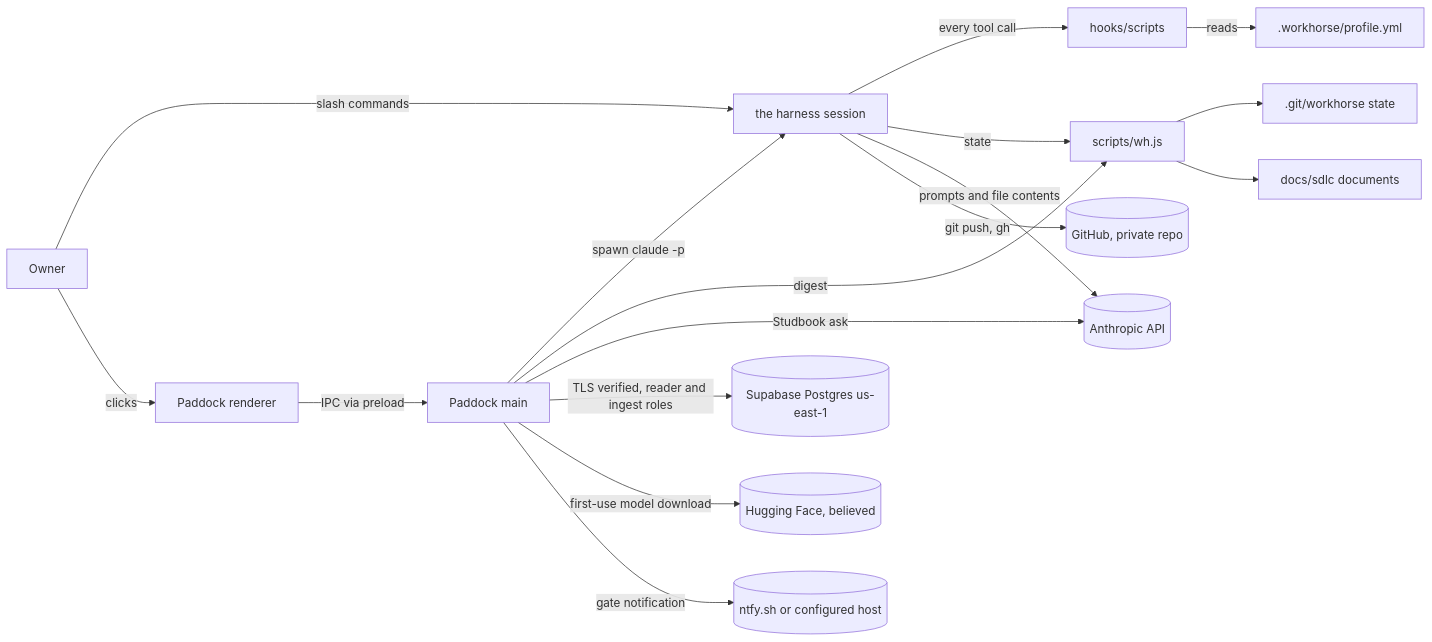
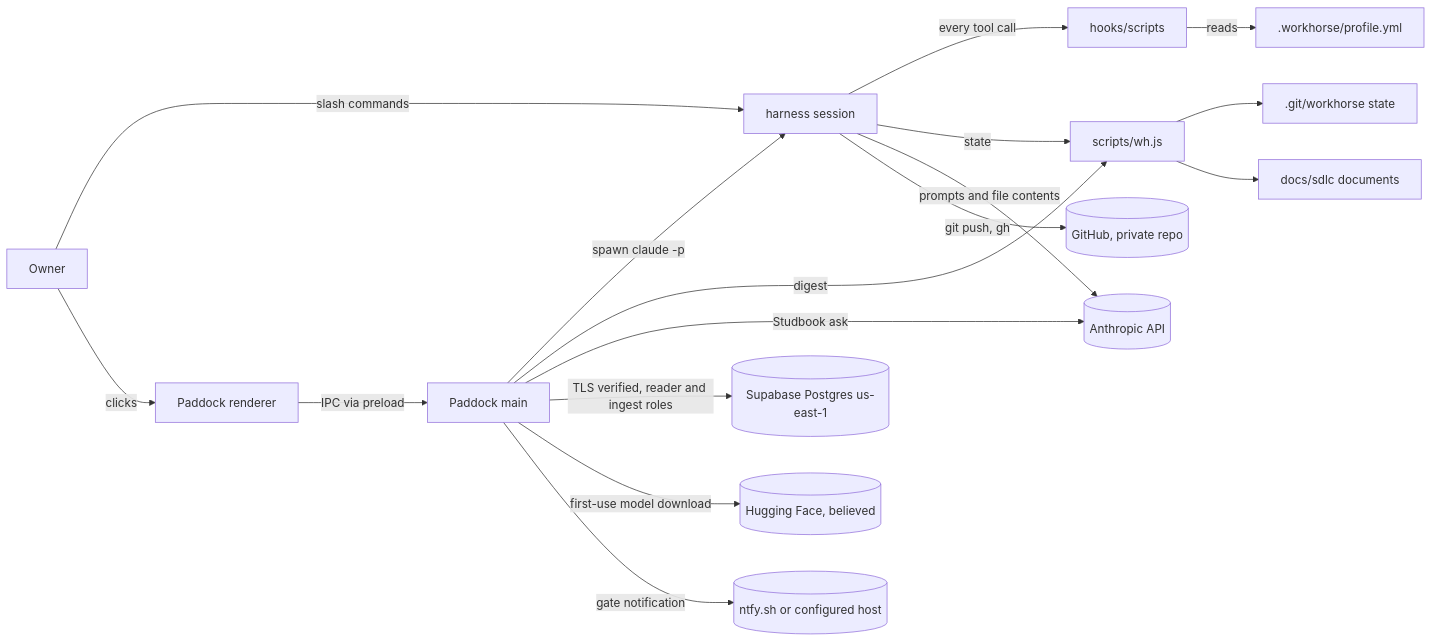
Before and after one commit to muhibm1/workhorse: the diagram in docs/sdlc/codebase-map.md, drawn with Mermaid. The commit also changed other lines of this file and 18 other files, not shown here.

````diff
--- a/docs/sdlc/codebase-map.md
+++ b/docs/sdlc/codebase-map.md
@@ -96,19 +96,19 @@
 ```mermaid
 flowchart LR
-  U[Owner] -->|slash commands| CC[the harness session]
+  U[Owner] -->|slash commands| CC[harness session]
   U -->|clicks| R[Paddock renderer]
   R -->|IPC via preload| M[Paddock main]
   M -->|spawn claude -p| CC
   CC -->|every tool call| H[hooks/scripts]
   H -->|reads| P[.workhorse/profile.yml]
   CC -->|state| W[scripts/wh.js]
   W --> S[.git/workhorse state]
   W --> D[docs/sdlc documents]
   M -->|digest| W
   CC -->|prompts and file contents| A[(Anthropic API)]
   M -->|Studbook ask| A
   M -->|TLS verified, reader and ingest roles| DB[(Supabase Postgres us-east-1)]
   M -->|first-use model download| HF[(Hugging Face, believed)]
   M -->|gate notification| N[(ntfy.sh or configured host)]
   CC -->|git push, gh| GH[(GitHub, private repo)]
 ```
````
